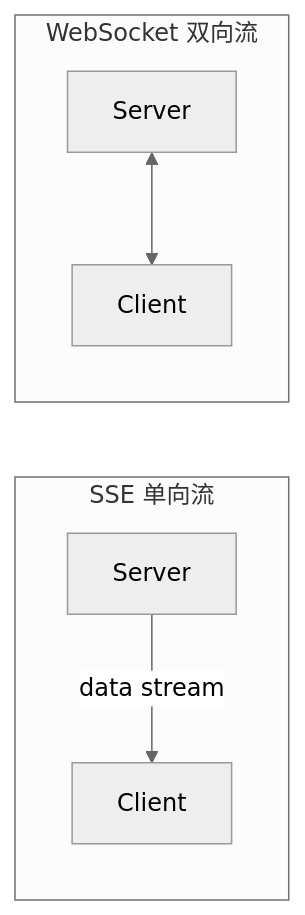
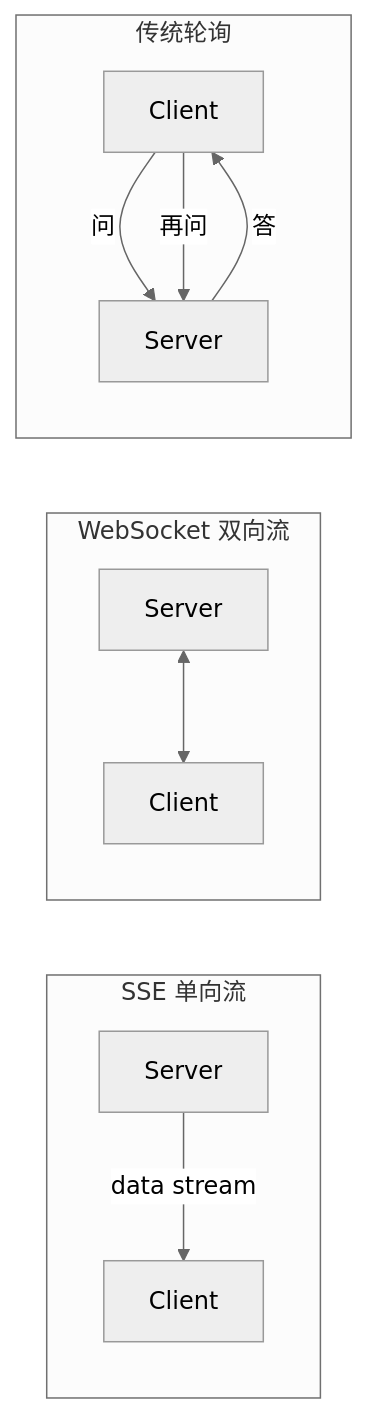
The seventh of 43 diagrams in 简历问题.md (KMaybe01/common), drawn with Mermaid (neutral theme) before and after one commit. The commit also changed other lines of this file and 3 other files, not shown here.

````diff
--- a/简历问题.md
+++ b/简历问题.md
@@ -176,9 +262,14 @@
 ```mermaid
 flowchart LR
   subgraph "SSE 单向流"
     S1[Server] -- "data stream" --> C1[Client]
   end
   subgraph "WebSocket 双向流"
     S2[Server] <--> C2[Client]
   end
+  subgraph "传统轮询"
+    C3[Client] -- "问" --> S3[Server]
+    S3 -- "答" --> C3
+    C3 -- "再问" --> S3
+  end
 ```
````
